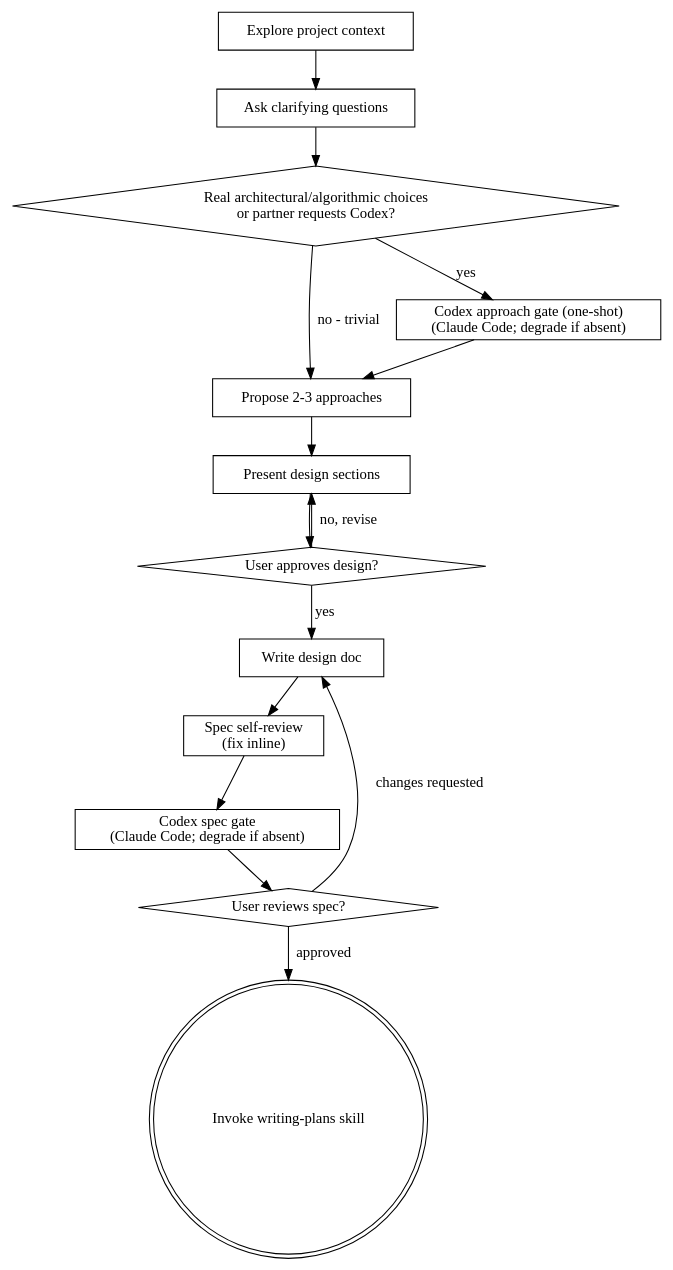
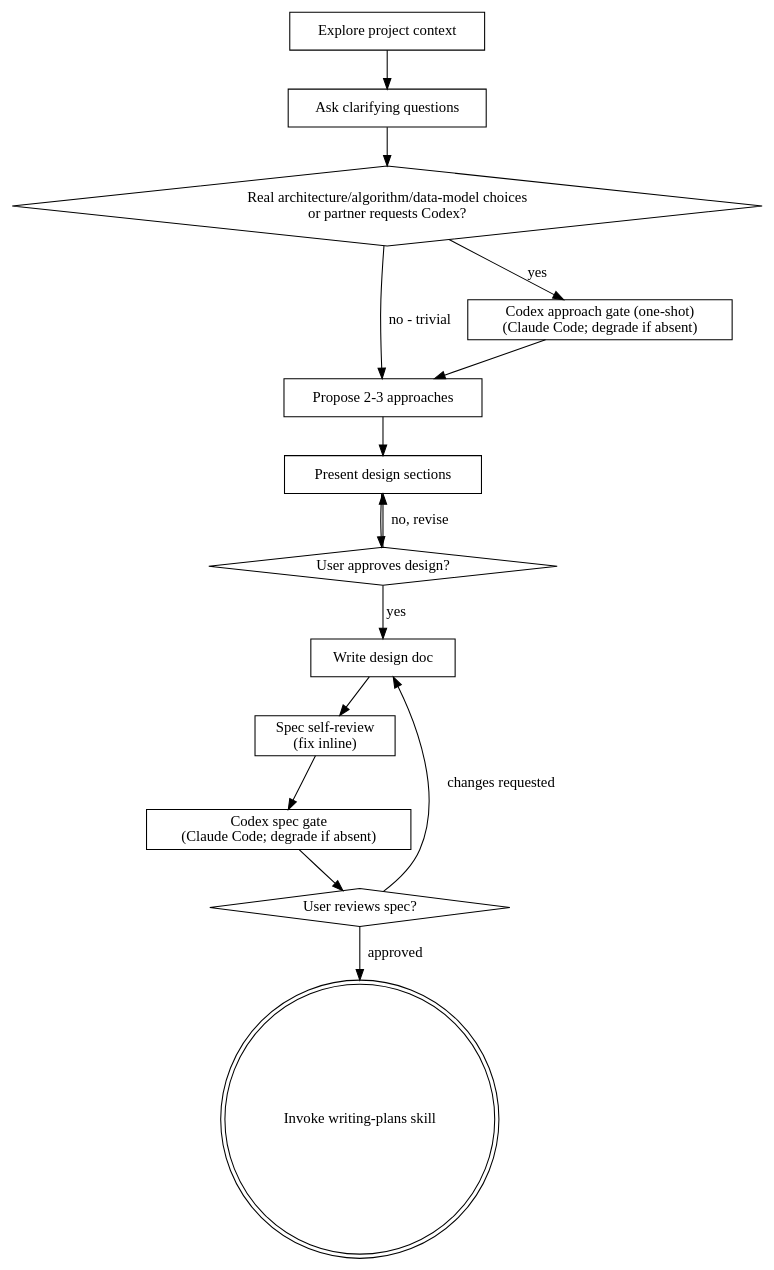
Before and after one commit to scott-arne/hyperpowers: the diagram in skills/brainstorming/SKILL.md, drawn with Graphviz. The commit also changed other lines of this file and 1 other file, not shown here.

Commit message:
fix(brainstorm): mirror full trigger predicate in hooks; self-resolving gate refs

````diff
--- a/skills/brainstorming/SKILL.md
+++ b/skills/brainstorming/SKILL.md
@@ -37,31 +37,31 @@
 ```dot
 digraph brainstorming {
     "Explore project context" [shape=box];
     "Ask clarifying questions" [shape=box];
     "Propose 2-3 approaches" [shape=box];
     "Present design sections" [shape=box];
     "User approves design?" [shape=diamond];
     "Write design doc" [shape=box];
     "Spec self-review\n(fix inline)" [shape=box];
     "Codex spec gate\n(Claude Code; degrade if absent)" [shape=box];
     "User reviews spec?" [shape=diamond];
     "Invoke writing-plans skill" [shape=doublecircle];
 
-    "Real architectural/algorithmic choices\nor partner requests Codex?" [shape=diamond];
+    "Real architecture/algorithm/data-model choices\nor partner requests Codex?" [shape=diamond];
     "Codex approach gate (one-shot)\n(Claude Code; degrade if absent)" [shape=box];
     "Explore project context" -> "Ask clarifying questions";
-    "Ask clarifying questions" -> "Real architectural/algorithmic choices\nor partner requests Codex?";
-    "Real architectural/algorithmic choices\nor partner requests Codex?" -> "Codex approach gate (one-shot)\n(Claude Code; degrade if absent)" [label="yes"];
-    "Real architectural/algorithmic choices\nor partner requests Codex?" -> "Propose 2-3 approaches" [label="no - trivial"];
+    "Ask clarifying questions" -> "Real architecture/algorithm/data-model choices\nor partner requests Codex?";
+    "Real architecture/algorithm/data-model choices\nor partner requests Codex?" -> "Codex approach gate (one-shot)\n(Claude Code; degrade if absent)" [label="yes"];
+    "Real architecture/algorithm/data-model choices\nor partner requests Codex?" -> "Propose 2-3 approaches" [label="no - trivial"];
     "Codex approach gate (one-shot)\n(Claude Code; degrade if absent)" -> "Propose 2-3 approaches";
     "Propose 2-3 approaches" -> "Present design sections";
     "Present design sections" -> "User approves design?";
     "User approves design?" -> "Present design sections" [label="no, revise"];
     "User approves design?" -> "Write design doc" [label="yes"];
     "Write design doc" -> "Spec self-review\n(fix inline)";
     "Spec self-review\n(fix inline)" -> "Codex spec gate\n(Claude Code; degrade if absent)";
     "Codex spec gate\n(Claude Code; degrade if absent)" -> "User reviews spec?";
     "User reviews spec?" -> "Write design doc" [label="changes requested"];
     "User reviews spec?" -> "Invoke writing-plans skill" [label="approved"];
 }
 ```
````
